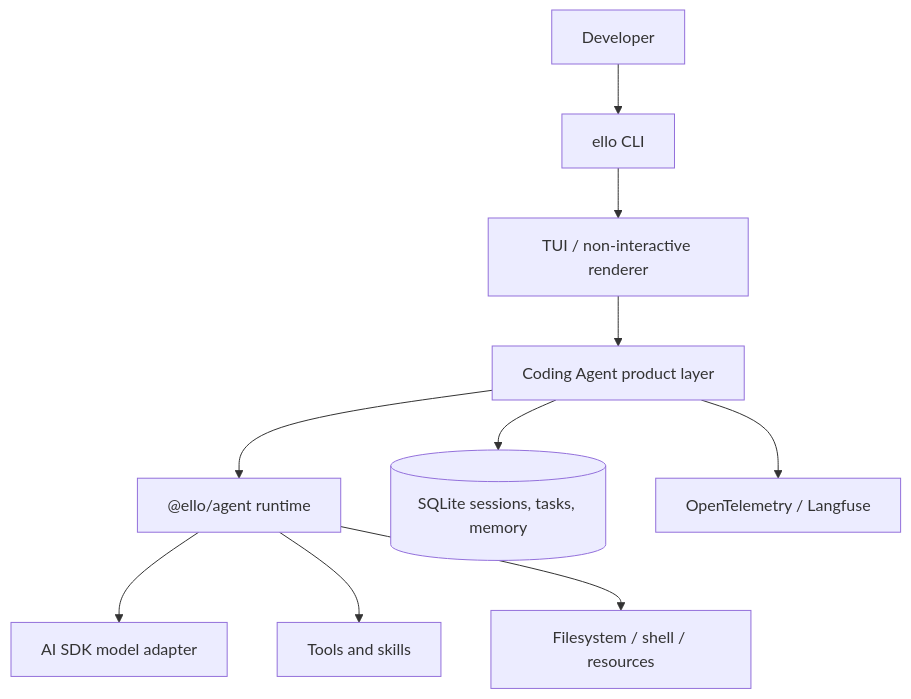
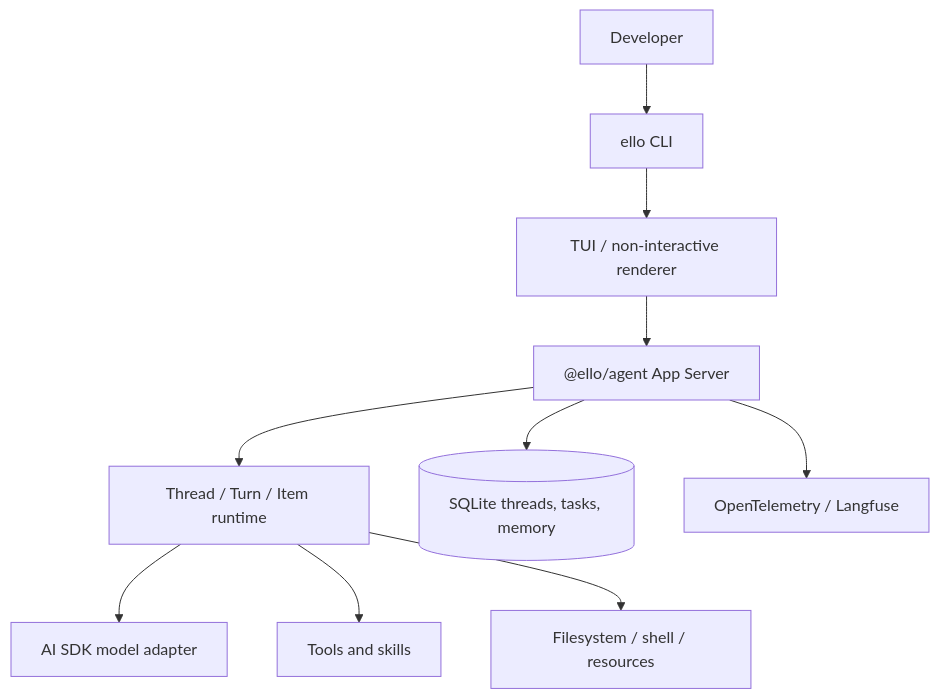
The diagram in README.md (LunaY77/ello), drawn with Mermaid before and after one commit. The commit also changed other lines of this file and 673 other files, not shown here.

Commit message:
Breaking Changes: Introducing Client/Server Architecture For Ello Agent (#10)

````diff
--- a/README.md
+++ b/README.md
@@ -14,12 +14,12 @@
 ```mermaid
 flowchart TD
   User[Developer] --> CLI[ello CLI]
   CLI --> TUI[TUI / non-interactive renderer]
-  TUI --> Product[Coding Agent product layer]
-  Product --> Runtime["@ello/agent runtime"]
+  TUI --> Server["@ello/agent App Server"]
+  Server --> Runtime[Thread / Turn / Item runtime]
   Runtime --> Model[AI SDK model adapter]
   Runtime --> Tools[Tools and skills]
   Runtime --> Env[Filesystem / shell / resources]
-  Product --> Storage[(SQLite sessions, tasks, memory)]
-  Product --> Telemetry[OpenTelemetry / Langfuse]
+  Server --> Storage[(SQLite threads, tasks, memory)]
+  Server --> Telemetry[OpenTelemetry / Langfuse]
 ```
````
